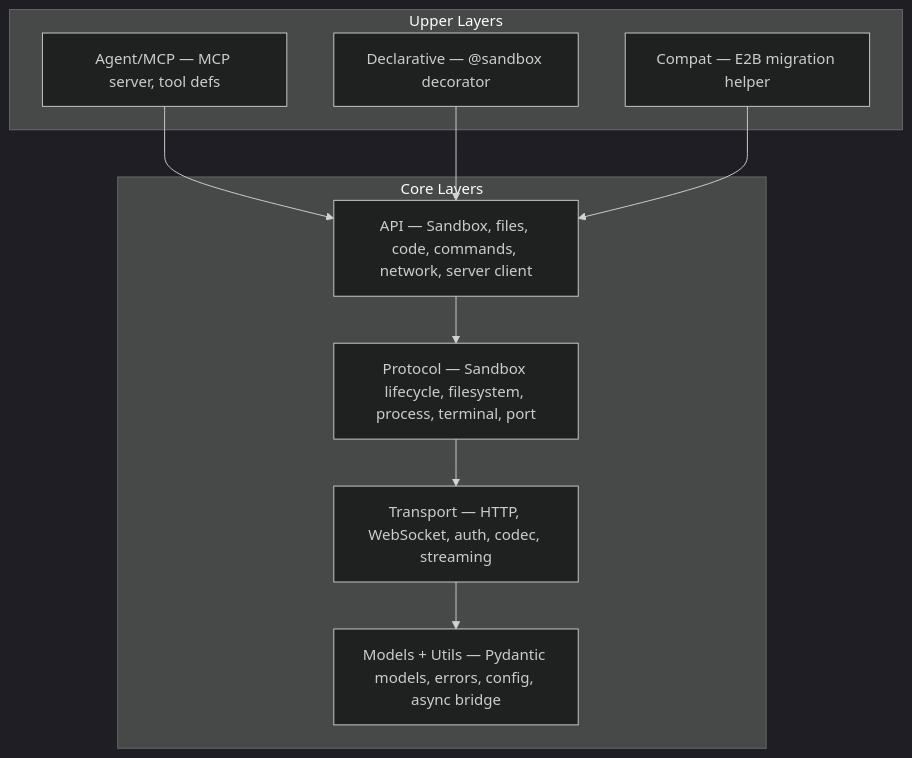
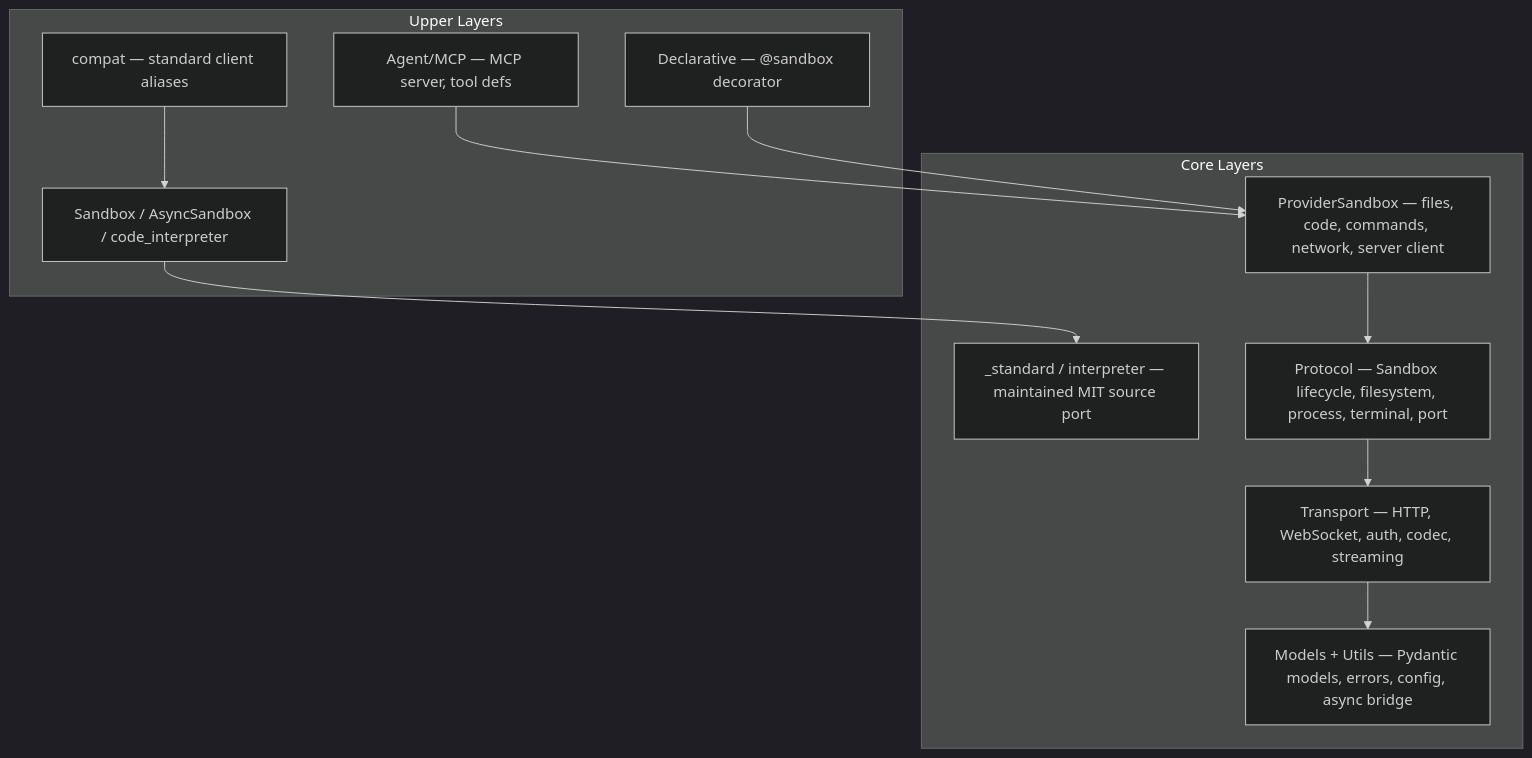
Before and after one commit to Alibaba-Agent-Sandbox/python-sdk: the diagram in docs/en/DESIGN.md, drawn with Mermaid (dark theme). The commit also changed other lines of this file and 14 other files, not shown here.

````diff
--- a/docs/en/DESIGN.md
+++ b/docs/en/DESIGN.md
@@ -42,19 +42,21 @@
 ```mermaid
 graph TB
     subgraph Upper["Upper Layers"]
         Agent["Agent/MCP — MCP server, tool defs"]
         Decl["Declarative — @sandbox decorator"]
-        Compat["Compat — E2B migration helper"]
+        Compat["compat — standard client aliases"]
+        STD["Sandbox / AsyncSandbox / code_interpreter"]
     end
     subgraph Core["Core Layers"]
-        L3["API — Sandbox, files, code, commands, network, server client"]
+        L3["ProviderSandbox — files, code, commands, network, server client"]
+        PORT["_standard / interpreter — maintained MIT source port"]
         L2["Protocol — Sandbox lifecycle, filesystem, process, terminal, port"]
         L1["Transport — HTTP, WebSocket, auth, codec, streaming"]
         L0["Models + Utils — Pydantic models, errors, config, async bridge"]
     end
 
     Agent --> L3
     Decl --> L3
-    Compat --> L3
+    Compat --> STD --> PORT
     L3 --> L2 --> L1 --> L0
 ```
````
